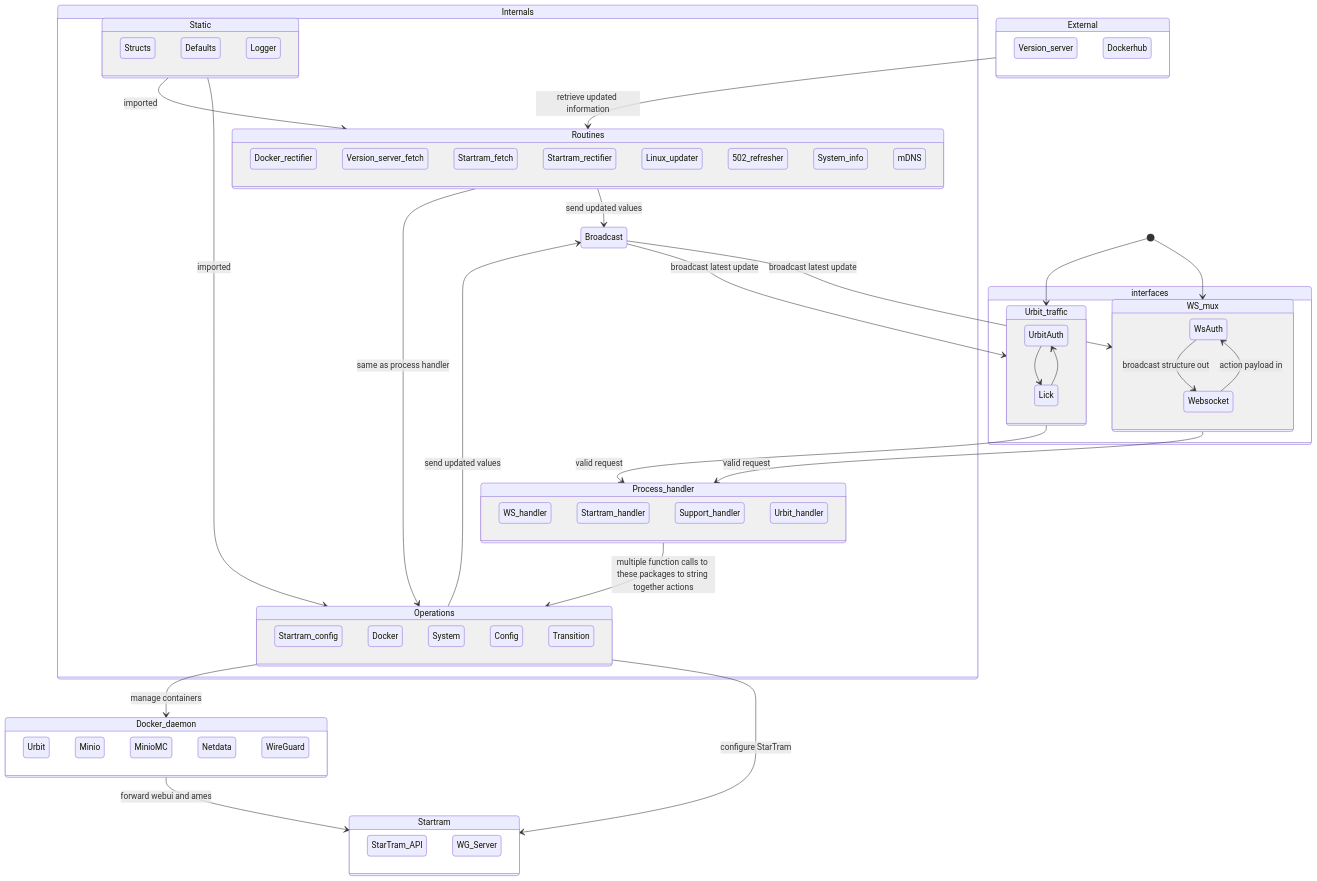
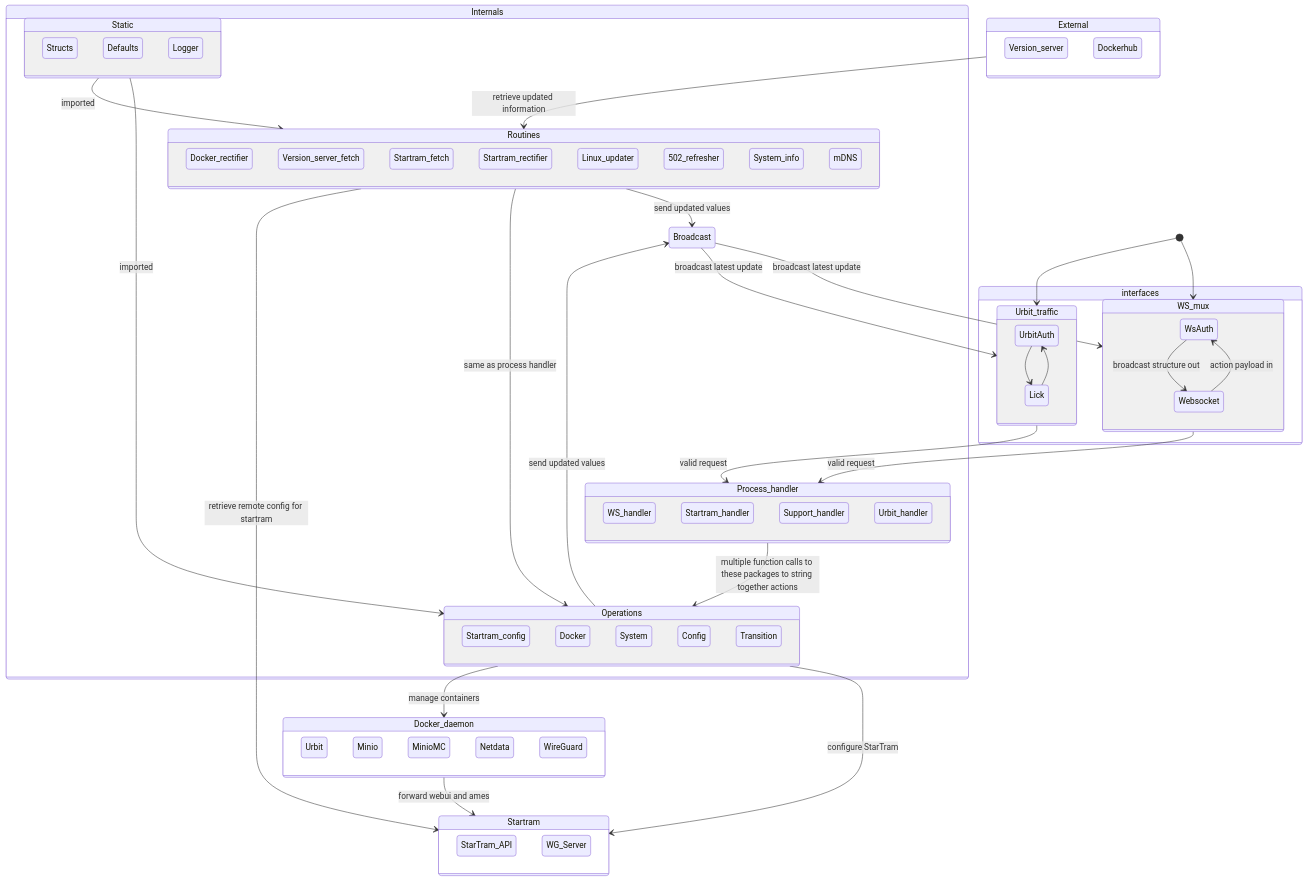
The diagram in goseg/readme.md (Native-Planet/GroundSeg), drawn with Mermaid before and after one commit.

````diff
--- a/goseg/readme.md
+++ b/goseg/readme.md
@@ -3,78 +3,79 @@
 ```mermaid
 stateDiagram-v2
     direction TB
     accTitle: Goseg package diagram
     accDescr: Interactions between packages in Groundseg Go rewrite
     classDef bcase fill:#f00,color:white,font-weight:bold,stroke-width:2px,stroke:yellow
     Broadcast-->WS_mux: broadcast latest update
     Broadcast-->Urbit_traffic: broadcast latest update
     Static-->Operations: imported
     Static-->Routines: imported
     state Internals {
         state Static {
             Structs
             Defaults
             Logger
         }
         state Routines {
             Docker_rectifier
             Version_server_fetch
             Startram_fetch
             Startram_rectifier
             Linux_updater
             502_refresher
             System_info
             mDNS
         }
         state Operations {
             Startram_config
             Docker
             System
             Config
             Transition
         }
         state Process_handler {
             WS_handler
             Startram_handler
             Support_handler
             Urbit_handler
         }
         Process_handler-->Operations: multiple function calls to these packages to string together actions
         Operations-->Broadcast: send updated values
         Routines-->Broadcast: send updated values
     }
     [*]-->WS_mux
     [*]-->Urbit_traffic
     WS_mux-->Process_handler: valid request
     Urbit_traffic-->Process_handler: valid request
     Routines-->Operations: same as process handler
     state interfaces {
         state Urbit_traffic {
             UrbitAuth-->Lick
             Lick-->UrbitAuth
         }
         state WS_mux {
             WsAuth-->Websocket: broadcast structure out
             Websocket-->WsAuth: action payload in
         }
     }
     state External {
         Version_server
         Dockerhub
     }
     state Startram {
         StarTram_API
         WG_Server
     }
     External-->Routines: retrieve updated information
     Operations-->Startram: configure StarTram
+    Routines-->Startram: retrieve remote config for startram
     state Docker_daemon {
         Urbit
         Minio
         MinioMC
         Netdata
         WireGuard
     }
     Operations-->Docker_daemon: manage containers
     Docker_daemon-->Startram: forward webui and ames
 ```
````
